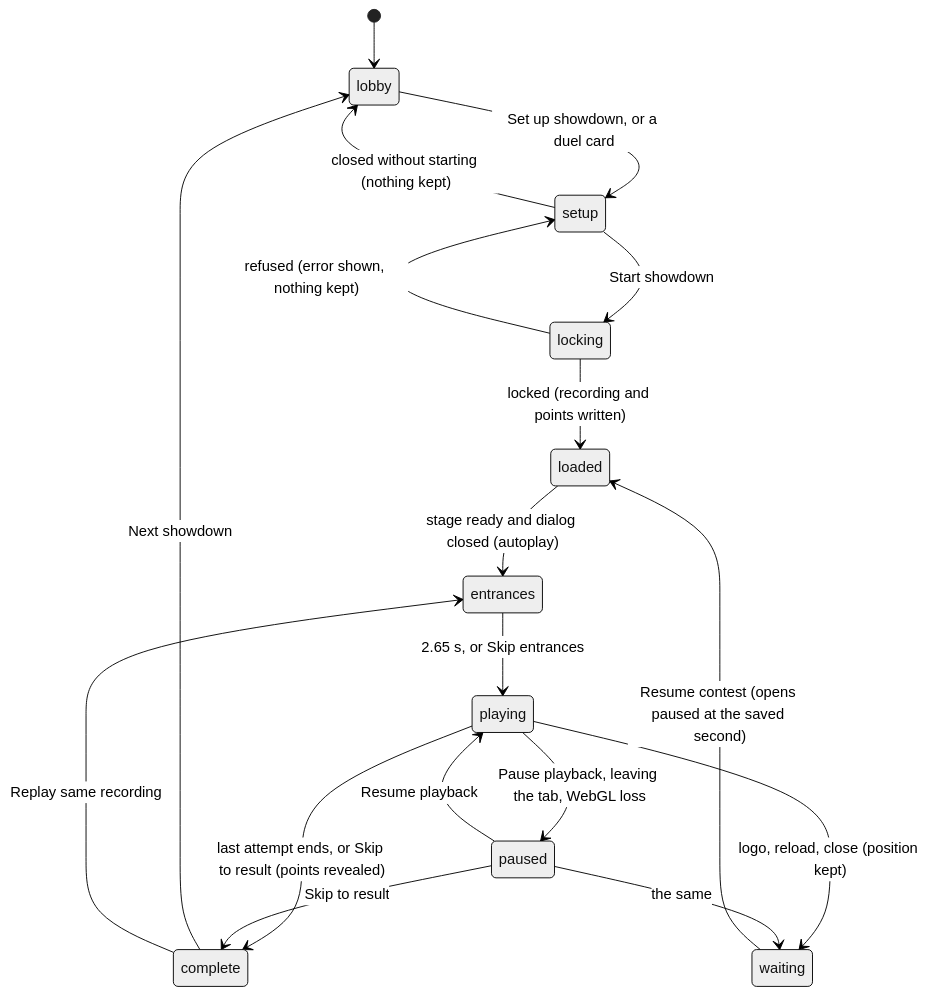
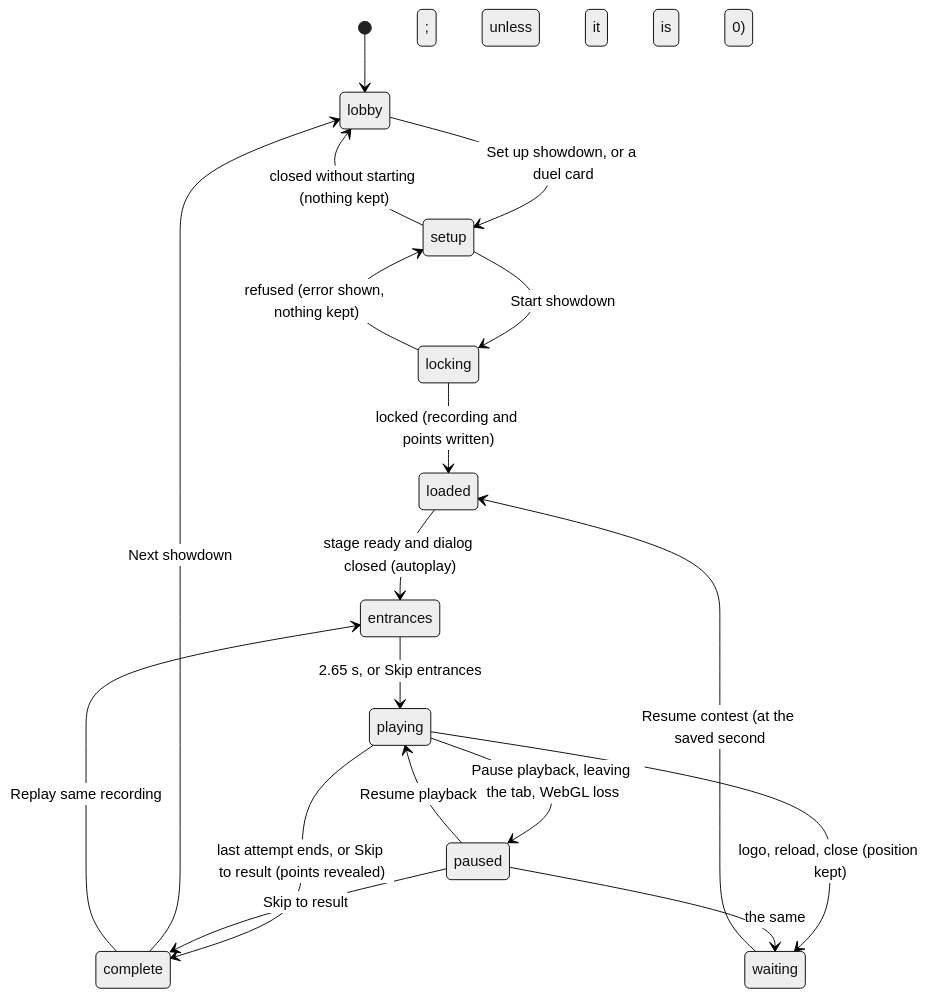
The diagram in docs/product-description/foundations/contests-and-recordings.md (DougZeThug/Will-You-Be-My-Hero-Arena), drawn with Mermaid (neutral theme) before and after one commit. The commit also changed other lines of this file and 12 other files, not shown here.

````diff
--- a/docs/product-description/foundations/contests-and-recordings.md
+++ b/docs/product-description/foundations/contests-and-recordings.md
@@ -86,20 +86,20 @@
 ```mermaid
 stateDiagram-v2
     [*] --> lobby
     lobby --> setup : Set up showdown, or a duel card
     setup --> lobby : closed without starting (nothing kept)
     setup --> locking : Start showdown
     locking --> setup : refused (error shown, nothing kept)
     locking --> loaded : locked (recording and points written)
     loaded --> entrances : stage ready and dialog closed (autoplay)
     entrances --> playing : 2.65 s, or Skip entrances
     playing --> paused : Pause playback, leaving the tab, WebGL loss
     paused --> playing : Resume playback
     playing --> complete : last attempt ends, or Skip to result (points revealed)
     paused --> complete : Skip to result
     playing --> waiting : logo, reload, close (position kept)
     paused --> waiting : the same
-    waiting --> loaded : Resume contest (opens paused at the saved second)
+    waiting --> loaded : Resume contest (at the saved second; paused unless it is 0)
     complete --> lobby : Next showdown
     complete --> entrances : Replay same recording
 ```
````
